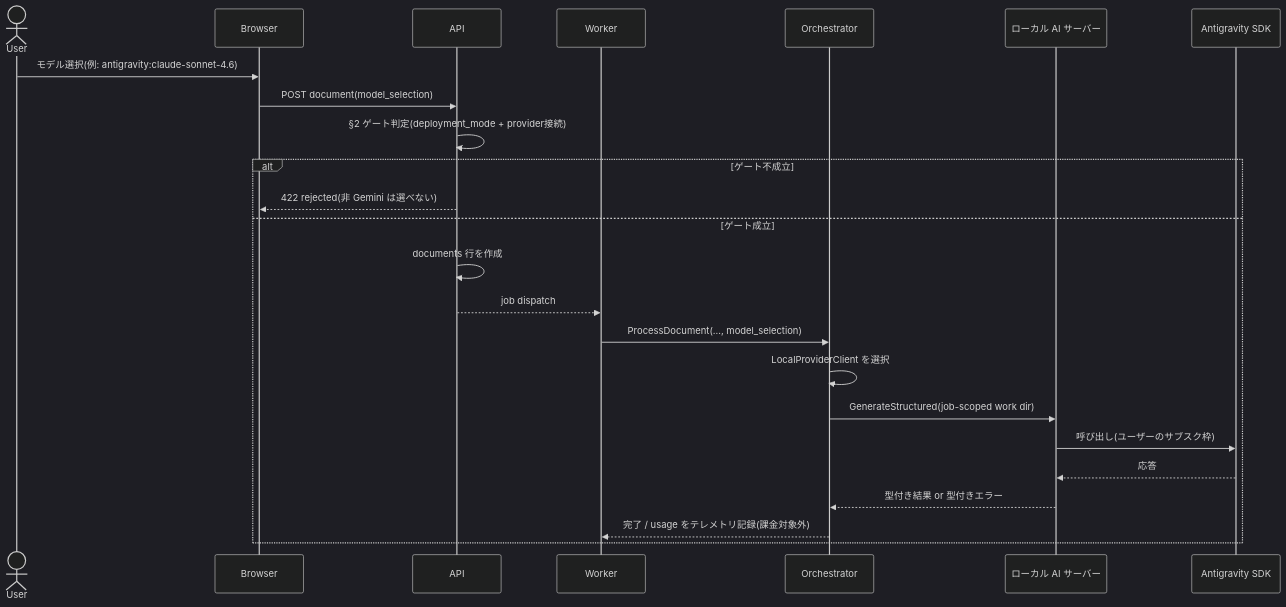
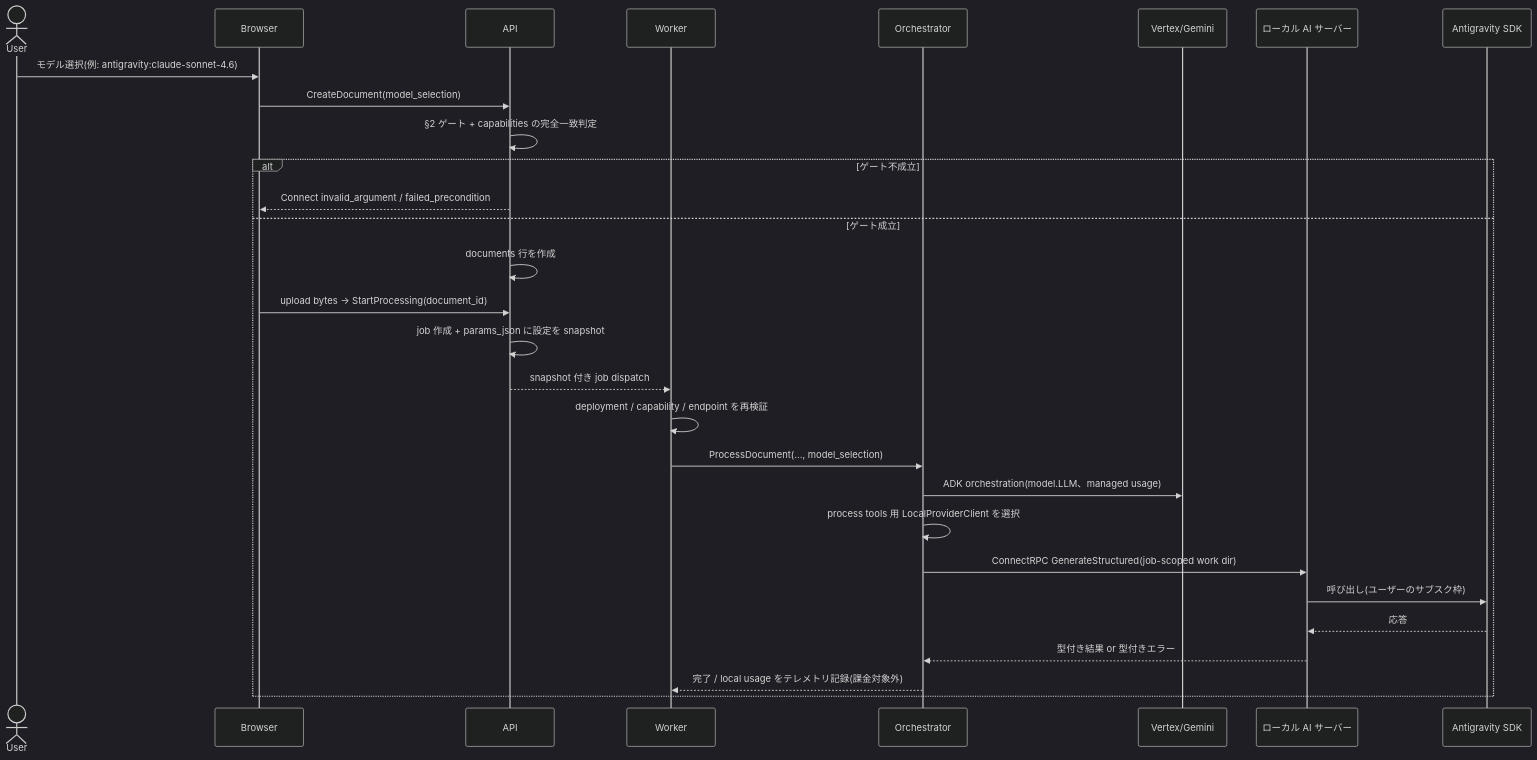
Before and after one commit to Keyhole-Koro/Synthify: the fourth of 6 diagrams in docs/architecture/model-and-style-selection-design.md, drawn with Mermaid (dark theme). The commit also changed other lines of this file and 5 other files, not shown here.

Commit message:
docs: define model selection and provider contracts

````diff
--- a/docs/architecture/model-and-style-selection-design.md
+++ b/docs/architecture/model-and-style-selection-design.md
@@ -143,27 +183,32 @@
 ```mermaid
 sequenceDiagram
     actor User
     participant Browser
     participant API
     participant Worker
     participant Orchestrator
+    participant Gemini as Vertex/Gemini
     participant LocalServer as ローカル AI サーバー
     participant SDK as Antigravity SDK
 
     User->>Browser: モデル選択(例: antigravity:claude-sonnet-4.6)
-    Browser->>API: POST document(model_selection)
-    API->>API: §2 ゲート判定(deployment_mode + provider接続)
+    Browser->>API: CreateDocument(model_selection)
+    API->>API: §2 ゲート + capabilities の完全一致判定
     alt ゲート不成立
-        API-->>Browser: 422 rejected(非 Gemini は選べない)
+        API-->>Browser: Connect invalid_argument / failed_precondition
     else ゲート成立
         API->>API: documents 行を作成
-        API-->>Worker: job dispatch
+        Browser->>API: upload bytes → StartProcessing(document_id)
+        API->>API: job 作成 + params_json に設定を snapshot
+        API-->>Worker: snapshot 付き job dispatch
+        Worker->>Worker: deployment / capability / endpoint を再検証
         Worker->>Orchestrator: ProcessDocument(..., model_selection)
-        Orchestrator->>Orchestrator: LocalProviderClient を選択
-        Orchestrator->>LocalServer: GenerateStructured(job-scoped work dir)
+        Orchestrator->>Gemini: ADK orchestration(model.LLM、managed usage)
+        Orchestrator->>Orchestrator: process tools 用 LocalProviderClient を選択
+        Orchestrator->>LocalServer: ConnectRPC GenerateStructured(job-scoped work dir)
         LocalServer->>SDK: 呼び出し(ユーザーのサブスク枠)
         SDK-->>LocalServer: 応答
         LocalServer-->>Orchestrator: 型付き結果 or 型付きエラー
-        Orchestrator-->>Worker: 完了 / usage をテレメトリ記録(課金対象外)
+        Orchestrator-->>Worker: 完了 / local usage をテレメトリ記録(課金対象外)
     end
 ```
````
